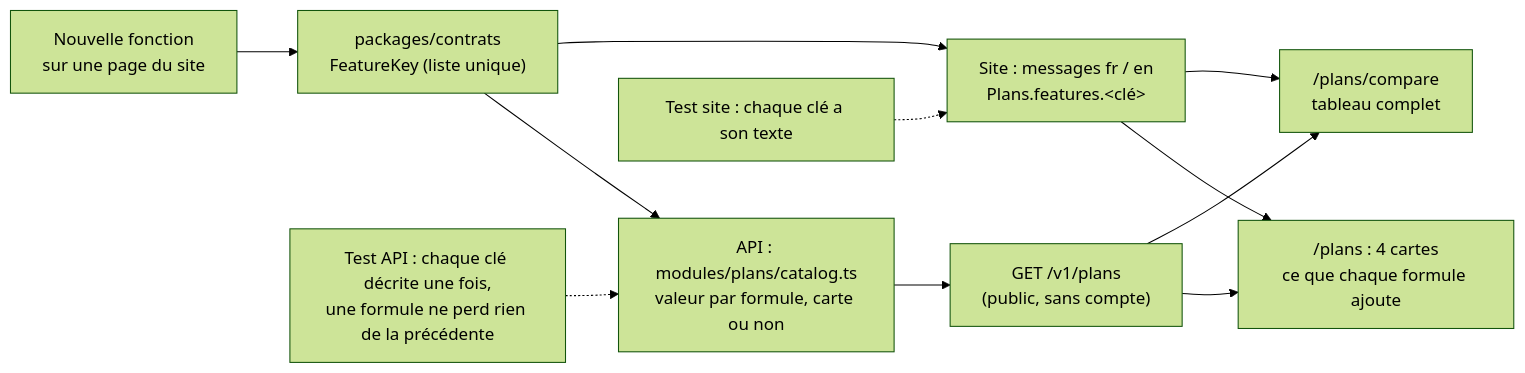
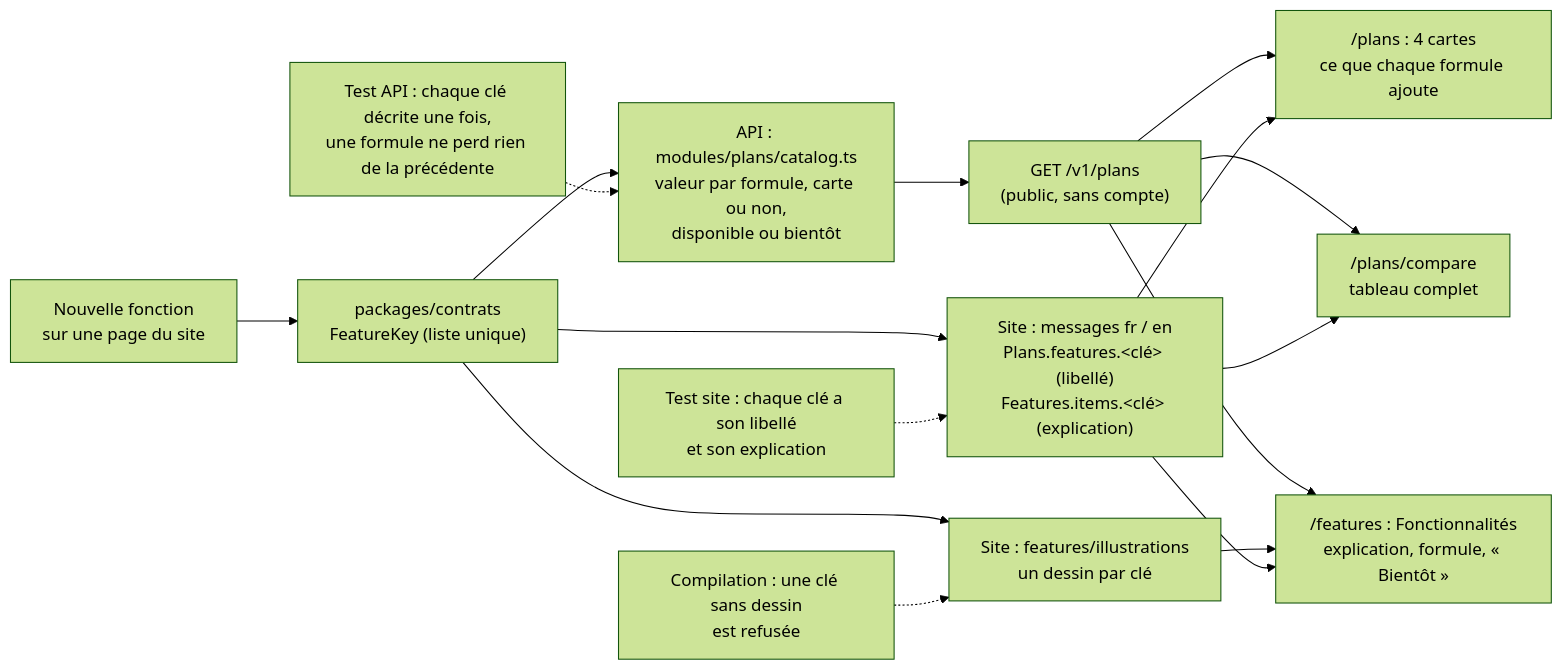
Before and after one commit to tetardo/weems: the diagram in docs/schemas/015-catalogue-des-formules.mmd, drawn with Mermaid (forest theme). The commit also changed 35 other files, not shown here.

First line of the commit message:
feat(site): page Fonctionnalités générée depuis le catalogue des formules

```diff
--- a/docs/schemas/015-catalogue-des-formules.mmd
+++ b/docs/schemas/015-catalogue-des-formules.mmd
@@ -1,11 +1,16 @@
 flowchart LR
   NEW["Nouvelle fonction<br/>sur une page du site"] --> KEY["packages/contrats<br/>FeatureKey (liste unique)"]
-  KEY --> CAT["API : modules/plans/catalog.ts<br/>valeur par formule, carte ou non"]
-  KEY --> TXT["Site : messages fr / en<br/>Plans.features.&lt;clé&gt;"]
+  KEY --> CAT["API : modules/plans/catalog.ts<br/>valeur par formule, carte ou non,<br/>disponible ou bientôt"]
+  KEY --> TXT["Site : messages fr / en<br/>Plans.features.&lt;clé&gt; (libellé)<br/>Features.items.&lt;clé&gt; (explication)"]
   CAT --> API["GET /v1/plans<br/>(public, sans compte)"]
   API --> CARDS["/plans : 4 cartes<br/>ce que chaque formule ajoute"]
   API --> TABLE["/plans/compare<br/>tableau complet"]
+  API --> FEAT["/features : Fonctionnalités<br/>explication, formule, « Bientôt »"]
+  KEY --> ICON["Site : features/illustrations<br/>un dessin par clé"]
+  ICON --> FEAT
+  TXT --> FEAT
   TXT --> CARDS
   TXT --> TABLE
   T1["Test API : chaque clé décrite une fois,<br/>une formule ne perd rien de la précédente"] -.-> CAT
-  T2["Test site : chaque clé a son texte"] -.-> TXT
+  T2["Test site : chaque clé a son libellé<br/>et son explication"] -.-> TXT
+  T3["Compilation : une clé sans dessin<br/>est refusée"] -.-> ICON
```
